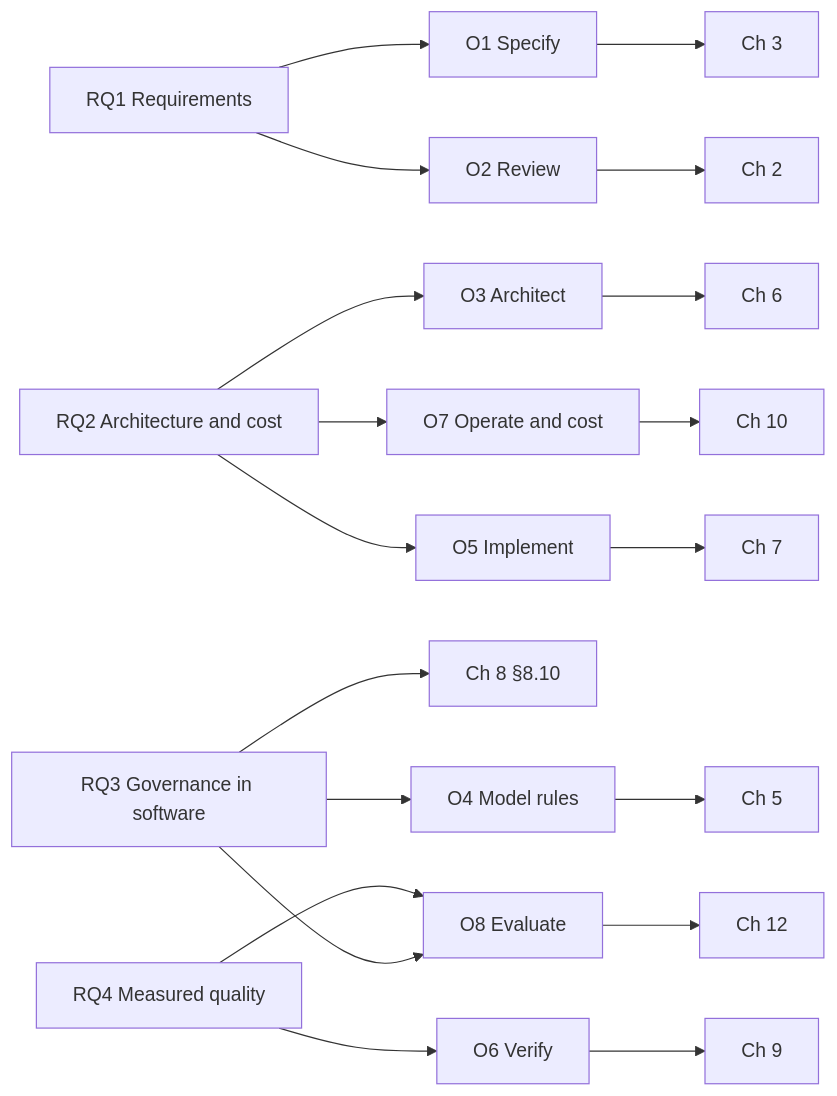
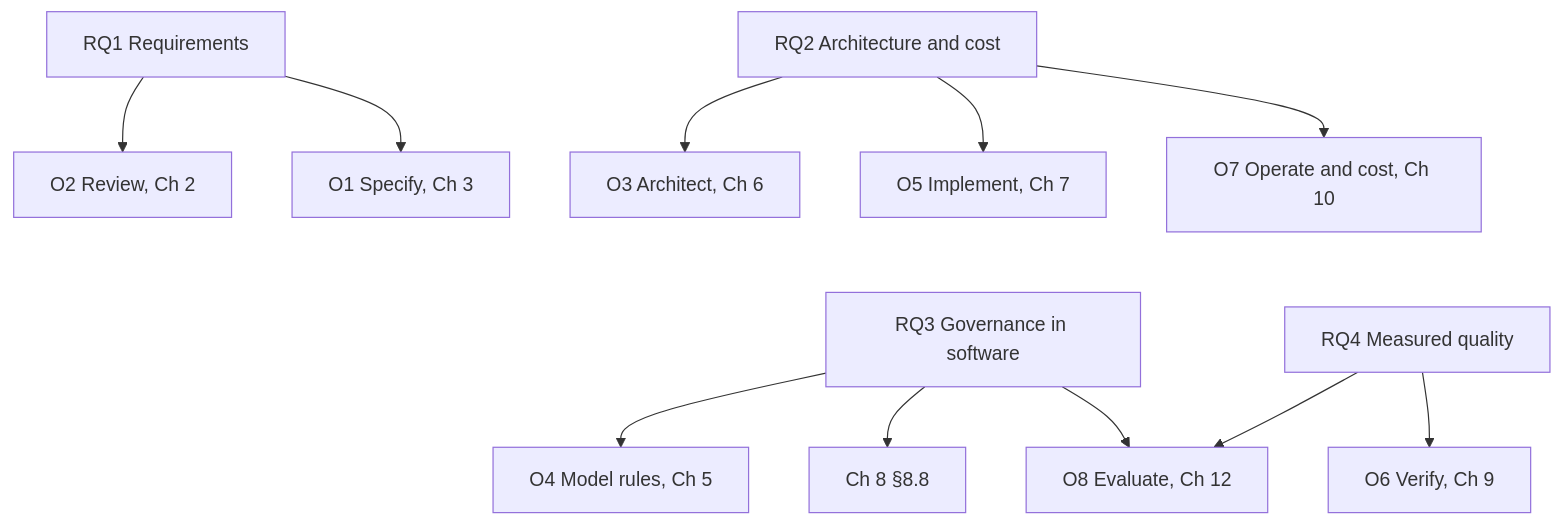
The fourth of 4 diagrams in docs/book/01-introduction.md (shalin-rahman/GHCAA), drawn with Mermaid before and after one commit. The commit also changed other lines of this file and 42 other files, not shown here.

````diff
--- a/docs/book/01-introduction.md
+++ b/docs/book/01-introduction.md
@@ -396,15 +396,14 @@
 ```mermaid
-flowchart LR
-    RQ1[RQ1 Requirements] --> O1[O1 Specify] --> C3[Ch 3]
-    RQ1 --> O2[O2 Review] --> C2[Ch 2]
-    RQ2[RQ2 Architecture and cost] --> O3[O3 Architect] --> C6[Ch 6]
-    RQ2 --> O7[O7 Operate and cost] --> C10[Ch 10]
-    RQ3[RQ3 Governance in software] --> O4[O4 Model rules] --> C5[Ch 5]
-    RQ3 --> C8[Ch 8 §8.10]
-    RQ4[RQ4 Measured quality] --> O6[O6 Verify] --> C9[Ch 9]
-    O5[O5 Implement] --> C7[Ch 7]
-    RQ2 --> O5
-    O8[O8 Evaluate] --> C12[Ch 12]
-    RQ4 --> O8
-    RQ3 --> O8
+flowchart TB
+    RQ1[RQ1 Requirements] --> O2[O2 Review, Ch 2]
+    RQ1 --> O1[O1 Specify, Ch 3]
+    RQ2[RQ2 Architecture and cost] --> O3[O3 Architect, Ch 6]
+    RQ2 --> O5[O5 Implement, Ch 7]
+    RQ2 --> O7[O7 Operate and cost, Ch 10]
+    O5 ~~~ RQ3
+    RQ3[RQ3 Governance in software] --> O4[O4 Model rules, Ch 5]
+    RQ3 --> C8[Ch 8 §8.8]
+    RQ3 --> O8[O8 Evaluate, Ch 12]
+    RQ4[RQ4 Measured quality] --> O8
+    RQ4 --> O6[O6 Verify, Ch 9]
 ```
````
